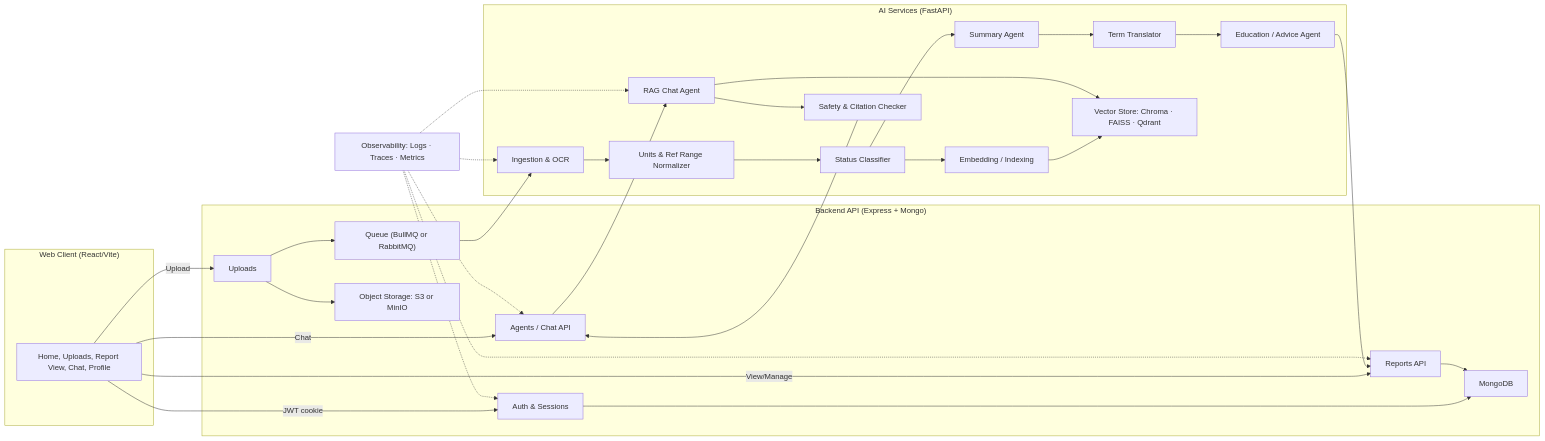
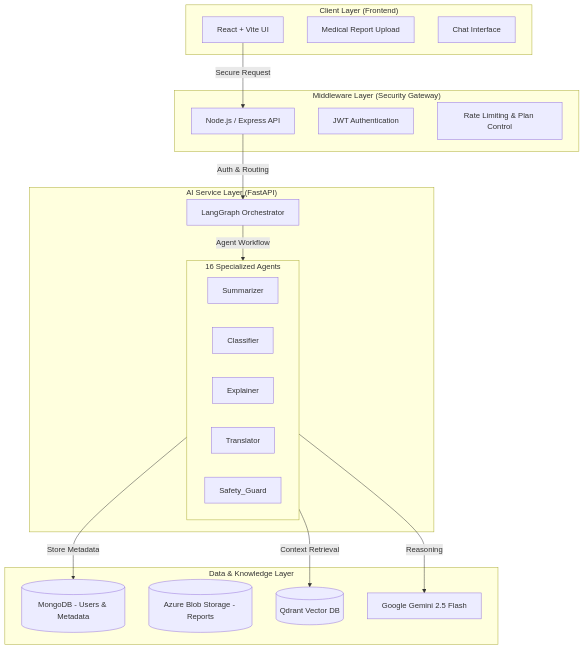
One commit to kavindugit/medscribe-Agent changed the diagram in README.md. Above: the diagram before and after it, drawn with Mermaid. The commit also changed other lines of this file, not shown here.

First line of the commit message:
Revise README for MedScribe Agent project

````diff
--- a/README.md
+++ b/README.md
@@ -18,53 +22,39 @@
 ```mermaid
-flowchart LR
-  subgraph Client["Web Client (React/Vite)"]
-    UI[Home, Uploads, Report View, Chat, Profile]
-  end
+flowchart TD
+    subgraph Client["Client Layer (Frontend)"]
+        UI[React + Vite UI]
+        Upload[Medical Report Upload]
+        Chat[Chat Interface]
+    end
 
-  subgraph API["Backend API (Express + Mongo)"]
-    AUTH[Auth & Sessions]
-    UP[Uploads]
-    REP[Reports API]
-    CHAT[Agents / Chat API]
-    Q["Queue (BullMQ or RabbitMQ)"]
-    DB["MongoDB"]
-    OBJ["Object Storage: S3 or MinIO"]
-  end
+    subgraph Middleware["Middleware Layer (Security Gateway)"]
+        API[Node.js / Express API]
+        Auth[JWT Authentication]
+        Rate[Rate Limiting & Plan Control]
+    end
 
-  subgraph AIS["AI Services (FastAPI)"]
-    OCR[Ingestion & OCR]
-    NORM[Units & Ref Range Normalizer]
-    CLS[Status Classifier]
-    IDX[Embedding / Indexing]
-    SUM[Summary Agent]
-    TRN[Term Translator]
-    EDU[Education / Advice Agent]
-    RAG[RAG Chat Agent]
-    SAFE[Safety & Citation Checker]
-    VDB["Vector Store: Chroma · FAISS · Qdrant"]
-  end
+    subgraph AI_Logic["AI Service Layer (FastAPI)"]
+        Orch[LangGraph Orchestrator]
+        subgraph Agents["16 Specialized Agents"]
+            Summarizer
+            Classifier
+            Explainer
+            Translator
+            Safety_Guard
+        end
+    end
 
-  OBS[Observability: Logs · Traces · Metrics]
+    subgraph Data["Data & Knowledge Layer"]
+        Mongo[(MongoDB - Users & Metadata)]
+        Azure[(Azure Blob Storage - Reports)]
+        Qdrant[(Qdrant Vector DB)]
+        LLM[Google Gemini 2.5 Flash]
+    end
 
-  UI -->|JWT cookie| AUTH
-  UI -->|Upload| UP
-  UI -->|View/Manage| REP
-  UI -->|Chat| CHAT
-
-  AUTH --> DB
-  REP --> DB
-  UP --> OBJ
-  UP --> Q
-  Q --> OCR --> NORM --> CLS --> IDX --> VDB
-  CLS --> SUM --> TRN --> EDU --> REP
-  CHAT --> RAG --> VDB
-  RAG --> SAFE --> CHAT
-
-  %% Observability taps (dotted)
-  OBS -.-> AUTH
-  OBS -.-> REP
-  OBS -.-> CHAT
-  OBS -.-> OCR
-  OBS -.-> RAG
-
+    UI -->|Secure Request| API
+    API -->|Auth & Routing| Orch
+    Orch -->|Agent Workflow| Agents
+    Agents -->|Reasoning| LLM
+    Agents -->|Context Retrieval| Qdrant
+    Agents -->|Store Metadata| Mongo
 ```
````
